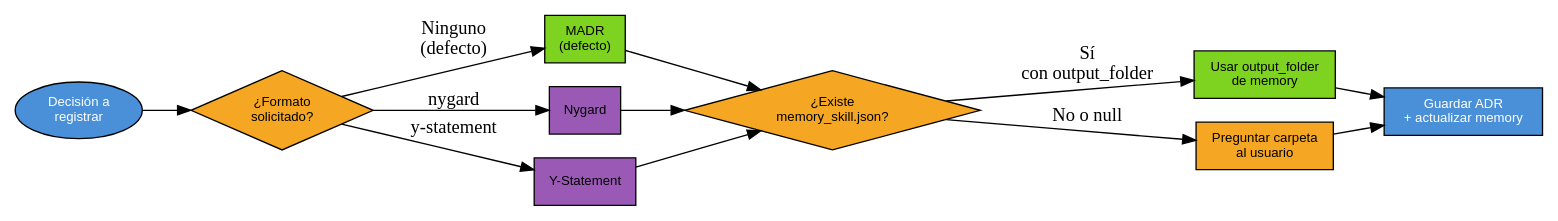
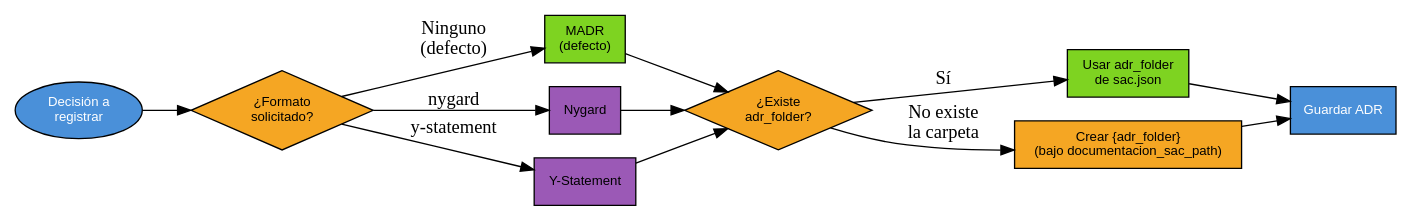
Before and after one commit to JavierDevCol/ia-dev-toolkit: the diagram in skills/crear-adr/SKILL.md, drawn with Graphviz. The commit also changed other lines of this file and 96 other files, not shown here.

First line of the commit message:
feat(config): unified sac.json + memctl, single documentacion_sac_path root (#10)

````diff
--- a/skills/crear-adr/SKILL.md
+++ b/skills/crear-adr/SKILL.md
@@ -23,28 +23,28 @@
 ```dot
 digraph crearadr {
   rankdir=LR
   node [fontname="Helvetica" fontsize=10]
 
   start [label="Decisión a\nregistrar" shape=ellipse style=filled fillcolor="#4A90D9" fontcolor=white]
   q1 [label="¿Formato\nsolicitado?" shape=diamond style=filled fillcolor="#F5A623"]
   madr [label="MADR\n(defecto)" shape=box style=filled fillcolor="#7ED321"]
   nygard [label="Nygard" shape=box style=filled fillcolor="#9B59B6"]
   ystmt [label="Y-Statement" shape=box style=filled fillcolor="#9B59B6"]
-  q2 [label="¿Existe\nmemory_skill.json?" shape=diamond style=filled fillcolor="#F5A623"]
-  use_mem [label="Usar output_folder\nde memory" shape=box style=filled fillcolor="#7ED321"]
-  ask [label="Preguntar carpeta\nal usuario" shape=box style=filled fillcolor="#F5A623"]
-  save [label="Guardar ADR\n+ actualizar memory" shape=box style=filled fillcolor="#4A90D9" fontcolor=white]
+  q2 [label="¿Existe\nadr_folder?" shape=diamond style=filled fillcolor="#F5A623"]
+  use_mem [label="Usar adr_folder\nde sac.json" shape=box style=filled fillcolor="#7ED321"]
+  ask [label="Crear {adr_folder}\n(bajo documentacion_sac_path)" shape=box style=filled fillcolor="#F5A623"]
+  save [label="Guardar ADR" shape=box style=filled fillcolor="#4A90D9" fontcolor=white]
 
   start -> q1
   q1 -> madr [label="Ninguno\n(defecto)"]
   q1 -> nygard [label="nygard"]
   q1 -> ystmt [label="y-statement"]
   madr -> q2
   nygard -> q2
   ystmt -> q2
-  q2 -> use_mem [label="Sí\ncon output_folder"]
-  q2 -> ask [label="No o null"]
+  q2 -> use_mem [label="Sí"]
+  q2 -> ask [label="No existe\nla carpeta"]
   use_mem -> save
   ask -> save
 }
 ```
````
